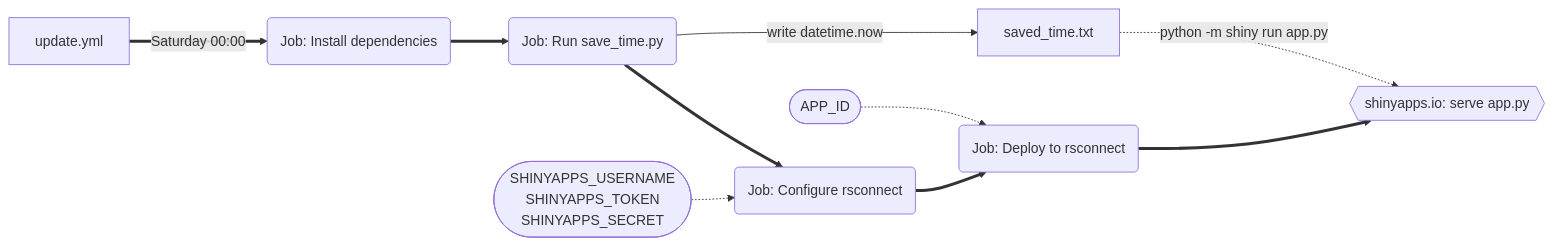
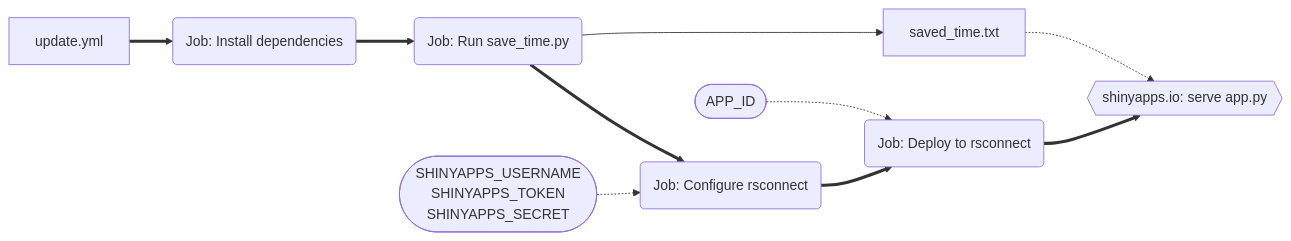
Before and after one commit to r-leyshon/blogging: the fourth of 4 diagrams in blogs/07-schedule-deploy-shinyapps.qmd, drawn with Mermaid. The commit also changed other lines of this file and 6 other files, not shown here.

Commit message:
refactor: Styling mermaid chart content

````diff
--- a/blogs/07-schedule-deploy-shinyapps.qmd
+++ b/blogs/07-schedule-deploy-shinyapps.qmd
@@ -345,12 +345,12 @@
 ```{mermaid}
 flowchart LR
-    A[update.yml] ==>|Saturday 00:00| B(Job: Install dependencies)
+    A[update.yml] ==> B(Job: Install dependencies)
     B ==> C(Job: Run save_time.py)
-    C -->|write datetime.now| D[saved_time.txt]
+    C --> D[saved_time.txt]
     C ==> E(Job: Configure rsconnect)
     H([SHINYAPPS_USERNAME\nSHINYAPPS_TOKEN\nSHINYAPPS_SECRET]) -.-> E
     E ==> F(Job: Deploy to rsconnect)
     K([APP_ID]) -.-> F
     F ==> G{{shinyapps.io: serve app.py}}
-    D -.->|python -m shiny run app.py| G    
+    D -.-> G    
 ```
````
